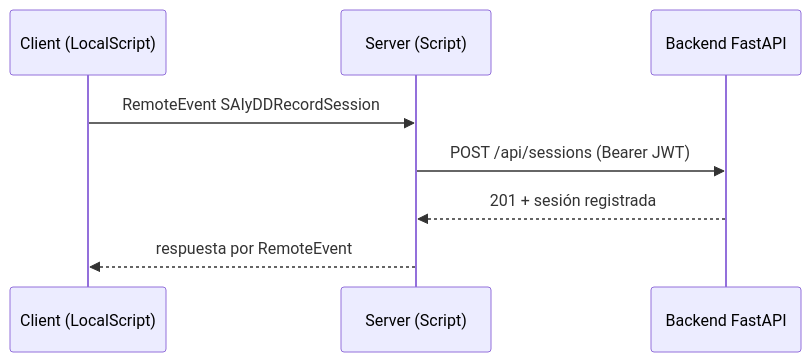
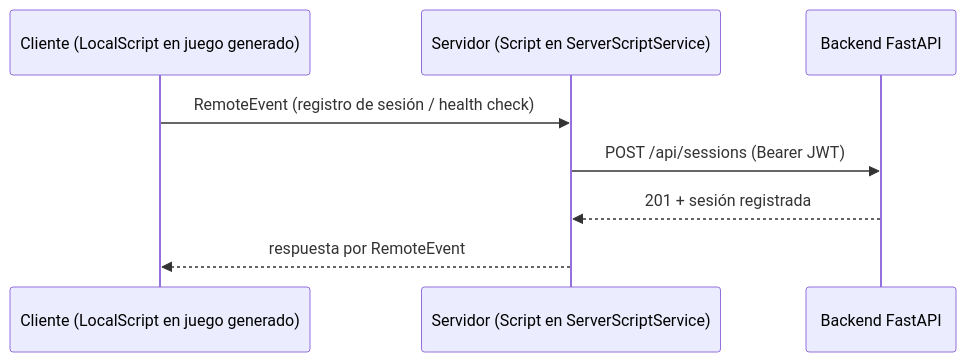
Before and after one commit to gproatechnology/GProA_SAIyDD: the fourth of 4 diagrams in README.md, drawn with Mermaid. The commit also changed other lines of this file and 4 other files, not shown here.

````diff
--- a/README.md
+++ b/README.md
@@ -207,10 +178,10 @@
 ```mermaid
 sequenceDiagram
-    participant C as Client (LocalScript)
-    participant S as Server (Script)
+    participant C as Cliente (LocalScript en juego generado)
+    participant S as Servidor (Script en ServerScriptService)
     participant B as Backend FastAPI
-    C->>S: RemoteEvent SAIyDDRecordSession
+    C->>S: RemoteEvent (registro de sesión / health check)
     S->>B: POST /api/sessions (Bearer JWT)
     B-->>S: 201 + sesión registrada
     S-->>C: respuesta por RemoteEvent
 ```
````
